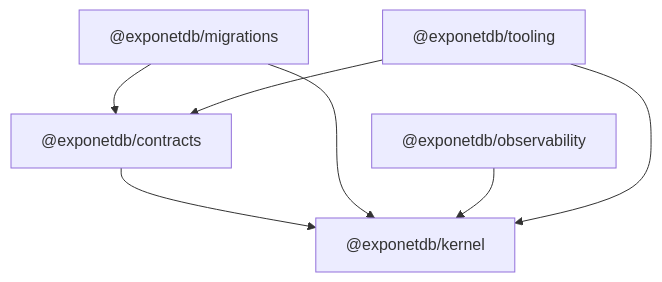
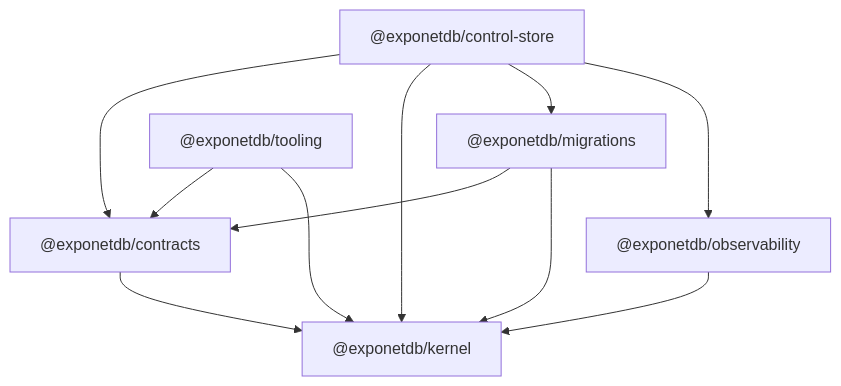
One commit to davdxpx/ExponetDB changed the diagram in tooling/boundaries/package-graph.md. Above: the diagram before and after it, drawn with Mermaid. The commit also changed 49 other files, not shown here.

First line of the commit message:
feat(control-store): add the Control Store boundary, bootstrap roles and runner

````diff
--- a/tooling/boundaries/package-graph.md
+++ b/tooling/boundaries/package-graph.md
@@ -7,14 +7,19 @@
 ```mermaid
 graph TD
   packages_contracts["@exponetdb/contracts"]
+  packages_control-store["@exponetdb/control-store"]
   packages_kernel["@exponetdb/kernel"]
   packages_migrations["@exponetdb/migrations"]
   packages_observability["@exponetdb/observability"]
   tooling["@exponetdb/tooling"]
   packages_contracts["@exponetdb/contracts"] --> packages_kernel
+  packages_control-store["@exponetdb/control-store"] --> packages_contracts
+  packages_control-store["@exponetdb/control-store"] --> packages_kernel
+  packages_control-store["@exponetdb/control-store"] --> packages_migrations
+  packages_control-store["@exponetdb/control-store"] --> packages_observability
   packages_migrations["@exponetdb/migrations"] --> packages_contracts
   packages_migrations["@exponetdb/migrations"] --> packages_kernel
   packages_observability["@exponetdb/observability"] --> packages_kernel
   tooling["@exponetdb/tooling"] --> packages_contracts
   tooling["@exponetdb/tooling"] --> packages_kernel
 ```
````
